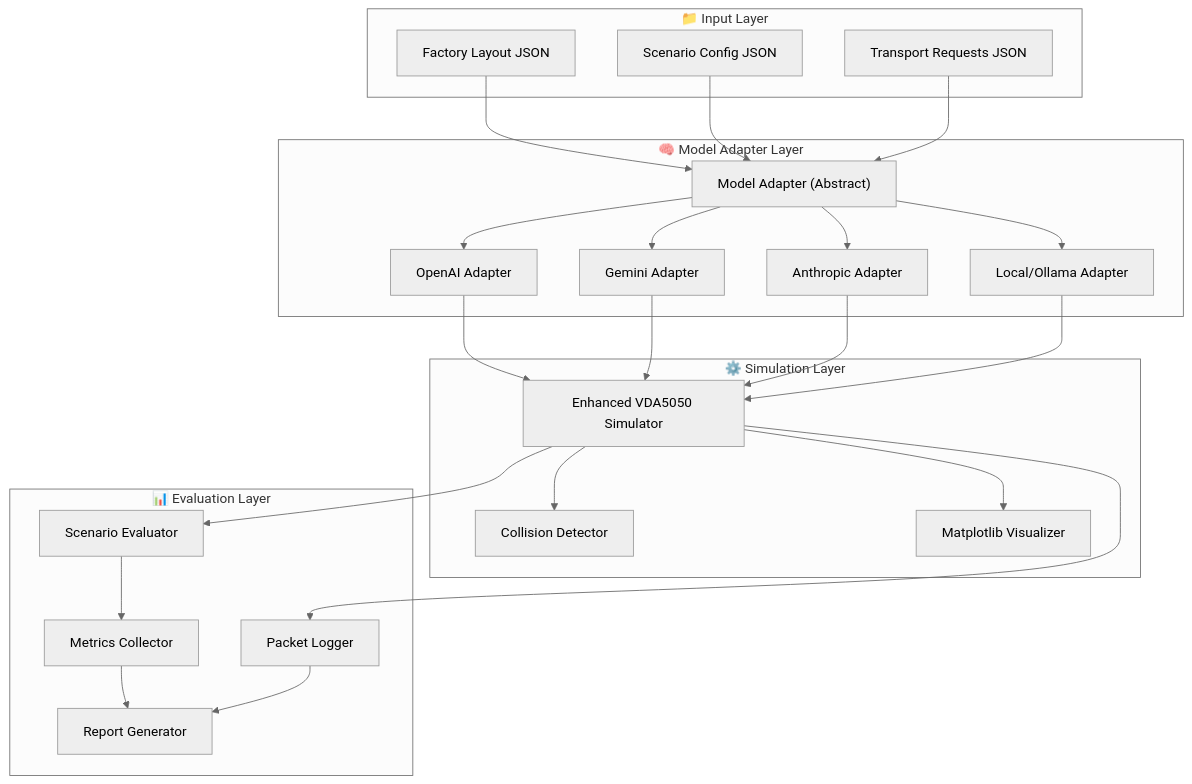
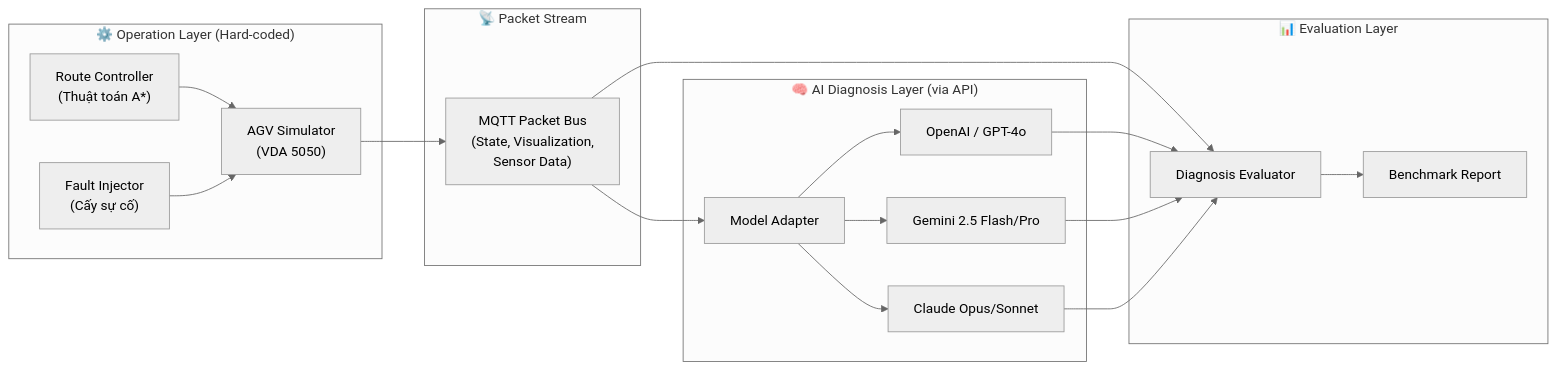
The first of 3 diagrams in plan.md (datascience180806/AGV_research), drawn with Mermaid (neutral theme) before and after one commit. The commit also changed other lines of this file, not shown here.

Commit message:
docs: rewrite plan.md - shift to AI anomaly detection & diagnosis benchmark paradigm

````diff
--- a/plan.md
+++ b/plan.md
@@ -30,51 +7,37 @@
 ```mermaid
-graph TD
-    subgraph "📁 Input Layer"
-        FL["Factory Layout JSON"]
-        SC["Scenario Config JSON"]
-        TR["Transport Requests JSON"]
+graph LR
+    subgraph "⚙️ Operation Layer (Hard-coded)"
+        OP["Route Controller\n(Thuật toán A*)"]
+        SIM["AGV Simulator\n(VDA 5050)"]
+        INJ["Fault Injector\n(Cấy sự cố)"]
     end
 
-    subgraph "🧠 Model Adapter Layer"
-        MA["Model Adapter (Abstract)"]
-        OAI["OpenAI Adapter"]
-        GEM["Gemini Adapter"]
-        ANT["Anthropic Adapter"]
-        LOC["Local/Ollama Adapter"]
+    subgraph "📡 Packet Stream"
+        PS["MQTT Packet Bus\n(State, Visualization,\nSensor Data)"]
     end
 
-    subgraph "⚙️ Simulation Layer"
-        SIM["Enhanced VDA5050 Simulator"]
-        COL["Collision Detector"]
-        VIS["Matplotlib Visualizer"]
+    subgraph "🧠 AI Diagnosis Layer (via API)"
+        MA["Model Adapter"]
+        OAI["OpenAI / GPT-4o"]
+        GEM["Gemini 2.5 Flash/Pro"]
+        ANT["Claude Opus/Sonnet"]
     end
 
     subgraph "📊 Evaluation Layer"
-        EVA["Scenario Evaluator"]
-        MET["Metrics Collector"]
-        LOG["Packet Logger"]
-        REP["Report Generator"]
+        EVA["Diagnosis Evaluator"]
+        REP["Benchmark Report"]
     end
 
-    FL --> MA
-    SC --> MA
-    TR --> MA
+    OP --> SIM
+    INJ --> SIM
+    SIM --> PS
+    PS --> MA
+    PS --> EVA
     MA --> OAI
     MA --> GEM
     MA --> ANT
-    MA --> LOC
-
-    OAI --> SIM
-    GEM --> SIM
-    ANT --> SIM
-    LOC --> SIM
-
-    SIM --> COL
-    SIM --> VIS
-    SIM --> EVA
-    SIM --> LOG
-
-    EVA --> MET
-    MET --> REP
-    LOG --> REP
+    OAI --> EVA
+    GEM --> EVA
+    ANT --> EVA
+    EVA --> REP
 ```
````
